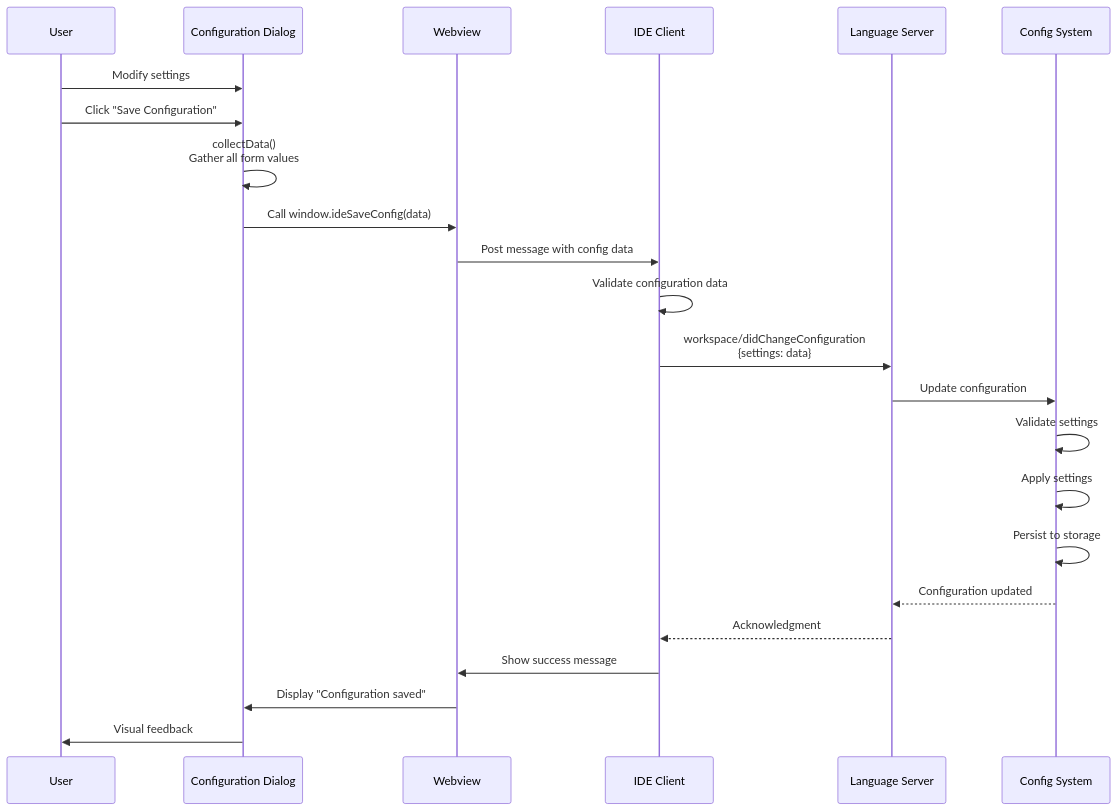
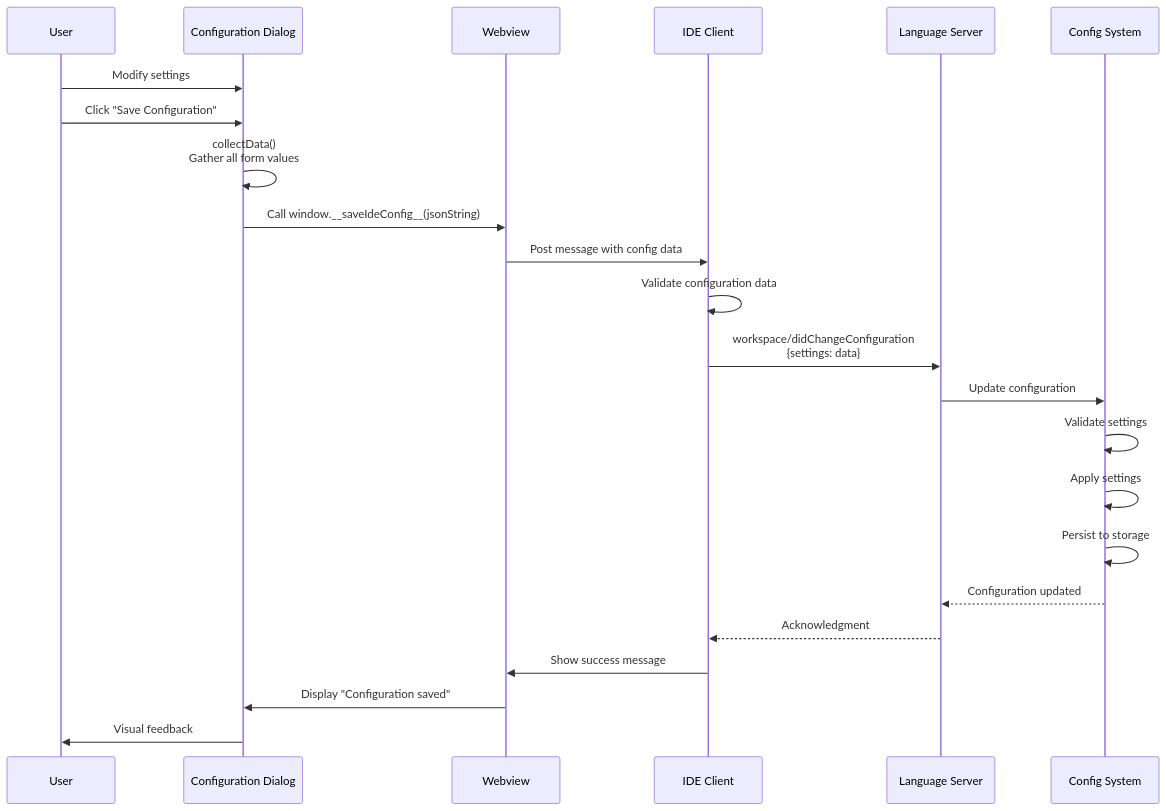
Before and after one commit to snyk/snyk-ls: the third of 5 diagrams in docs/configuration-dialog.md, drawn with Mermaid. The commit also changed other lines of this file and 5 other files, not shown here.

````diff
--- a/docs/configuration-dialog.md
+++ b/docs/configuration-dialog.md
@@ -375,34 +460,34 @@
 ```mermaid
 sequenceDiagram
     participant User as User
     participant Dialog as Configuration Dialog
     participant Webview as Webview
     participant IDE as IDE Client
     participant LSP as Language Server
     participant Config as Config System
     
     User->>Dialog: Modify settings
     User->>Dialog: Click "Save Configuration"
     
     Dialog->>Dialog: collectData()<br/>Gather all form values
     
-    Dialog->>Webview: Call window.ideSaveConfig(data)
+    Dialog->>Webview: Call window.__saveIdeConfig__(jsonString)
     
     Webview->>IDE: Post message with config data
     
     IDE->>IDE: Validate configuration data
     
     IDE->>LSP: workspace/didChangeConfiguration<br/>{settings: data}
     
     LSP->>Config: Update configuration
     Config->>Config: Validate settings
     Config->>Config: Apply settings
     Config->>Config: Persist to storage
     Config-->>LSP: Configuration updated
     
     LSP-->>IDE: Acknowledgment
     
     IDE->>Webview: Show success message
     Webview->>Dialog: Display "Configuration saved"
     Dialog->>User: Visual feedback
 ```
````
